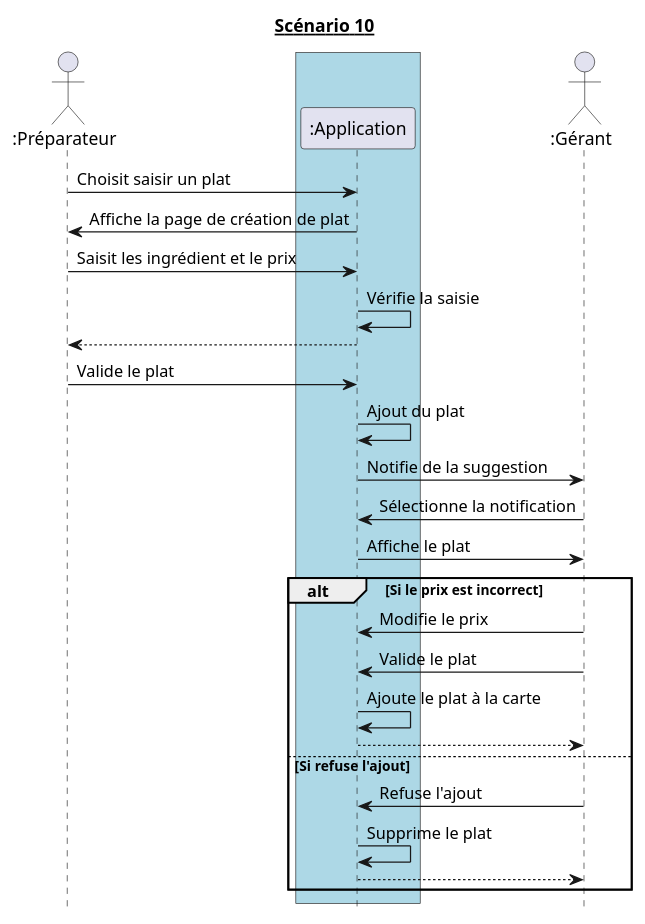
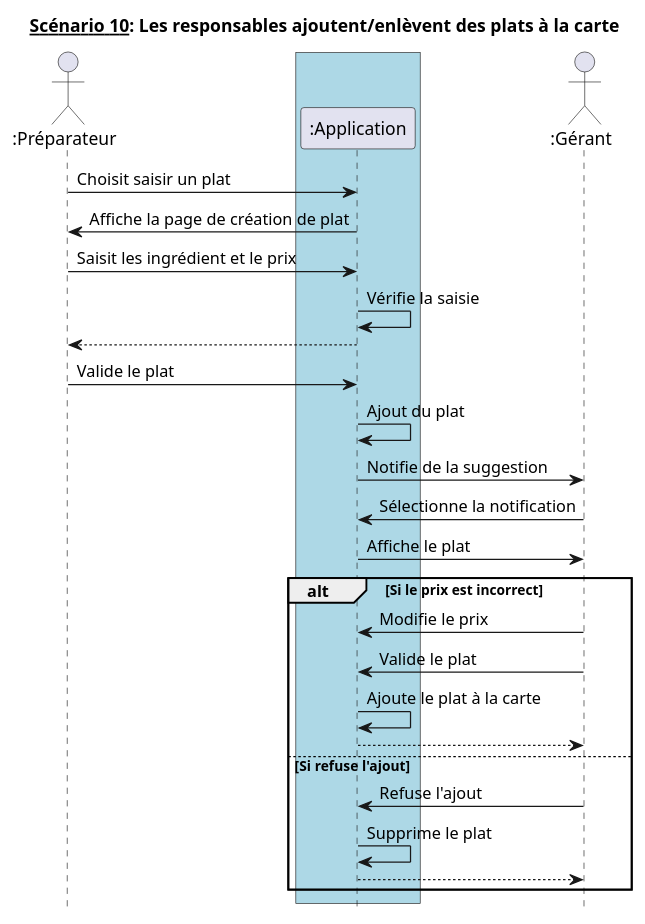
The diagram in diagrammes_sequences/ds10.md (hulskenA/GL-Les_seigneurs_du_resto), drawn with PlantUML before and after one commit. The commit also changed 14 other files, not shown here.

````diff
--- a/diagrammes_sequences/ds10.md
+++ b/diagrammes_sequences/ds10.md
@@ -1,40 +1,40 @@
 ```puml
 @startuml
 hide footbox
-title __Scénario 10__
+title __Scénario 10__: Les responsables ajoutent/enlèvent des plats à la carte
 
 actor ":Préparateur" as Préparateur order 10
 actor ":Gérant" as Gérant order 30
 
 box #Lightblue
     participant ":Application" as app order 20
 endbox
 
 Préparateur -> app : Choisit saisir un plat
 Préparateur <- app : Affiche la page de création de plat
 Préparateur -> app : Saisit les ingrédient et le prix
 
 app -> app : Vérifie la saisie
 
 Préparateur <-- app
 Préparateur -> app : Valide le plat
 
 app -> app : Ajout du plat
 
 Gérant <- app : Notifie de la suggestion
 Gérant -> app : Sélectionne la notification
 Gérant <- app : Affiche le plat
 
 alt Si le prix est incorrect
   Gérant -> app : Modifie le prix
     Gérant -> app : Valide le plat
     app -> app : Ajoute le plat à la carte
     Gérant <-- app
 else Si refuse l'ajout
   Gérant -> app : Refuse l'ajout
   app -> app : Supprime le plat
   Gérant <-- app
 end
 
 @enduml
 ```
````
